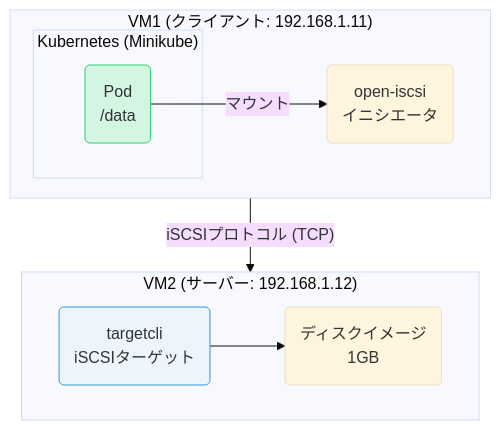
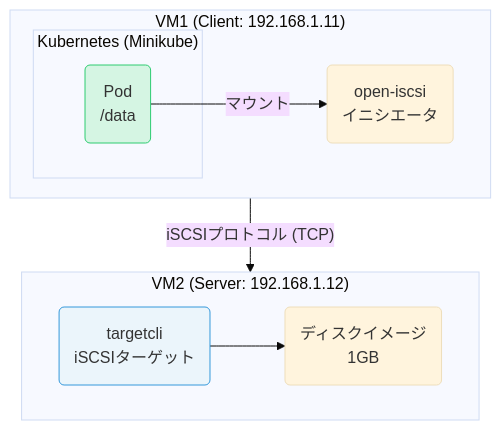
Before and after one commit to sokoide/workshop: the first of 2 diagrams in infra/iscsi_pv_ja.md, drawn with Mermaid (base theme). The commit also changed other lines of this file and 27 other files, not shown here.

````diff
--- a/infra/iscsi_pv_ja.md
+++ b/infra/iscsi_pv_ja.md
@@ -29,21 +9,21 @@
 ```mermaid
 graph TD
-    subgraph "VM1 (クライアント: 192.168.1.11)"
+    subgraph "VM1 (Client: 192.168.1.11)"
         direction LR
         subgraph "Kubernetes (Minikube)"
             Pod("Pod<br>/data")
         end
         ISCSI_Client("open-iscsi<br>イニシエータ")
     end
 
-    subgraph "VM2 (サーバー: 192.168.1.12)"
+    subgraph "VM2 (Server: 192.168.1.12)"
         direction LR
         ISCSI_Server("targetcli<br>iSCSIターゲット") --> Disk("ディスクイメージ<br>1GB")
     end
 
     Pod -- "マウント" --> ISCSI_Client
     ISCSI_Client -- "iSCSIプロトコル (TCP)" --> ISCSI_Server
 
     style Pod fill:#D5F5E3,stroke:#2ECC71
     style ISCSI_Server fill:#EBF5FB,stroke:#3498DB
 ```
````
